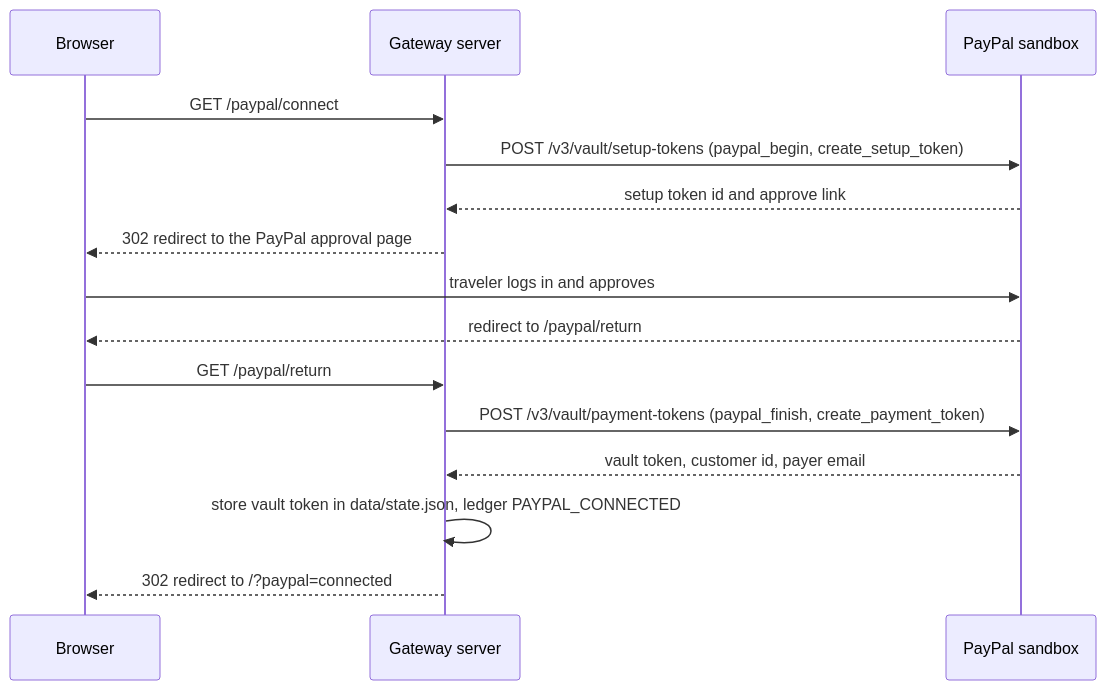
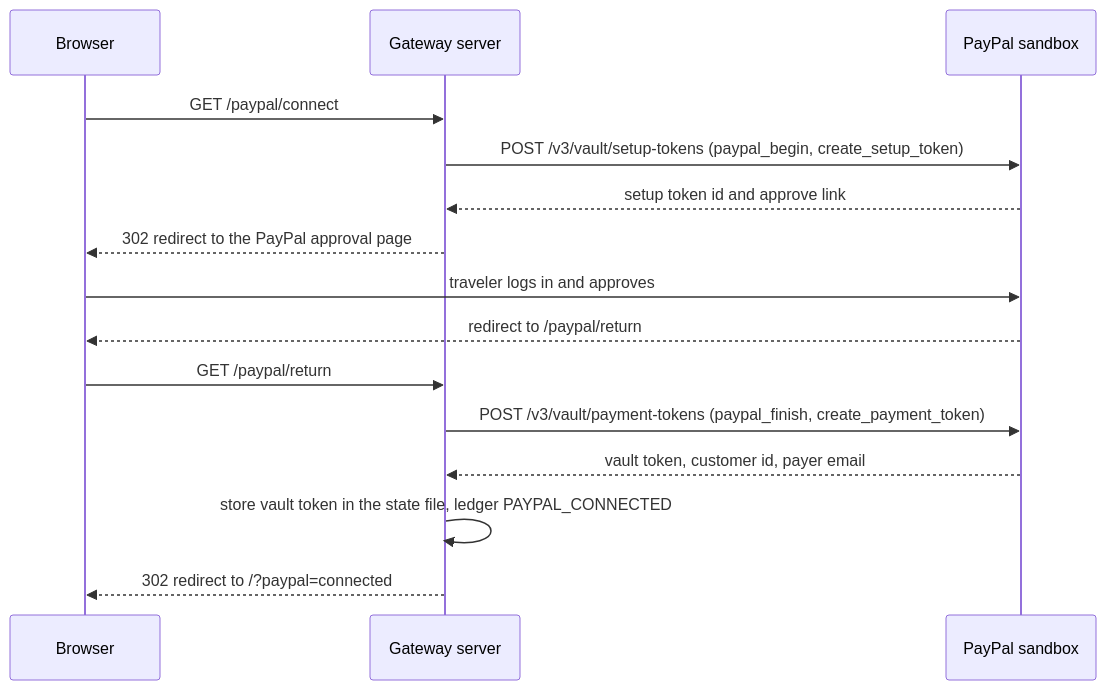
Before and after one commit to nexbridge-xyz/agent-gateway-paypal: the first of 4 diagrams in docs/DESIGN.md, drawn with Mermaid. The commit also changed other lines of this file and 5 other files, not shown here.

````diff
--- a/docs/DESIGN.md
+++ b/docs/DESIGN.md
@@ -52,17 +52,17 @@
 ```mermaid
 sequenceDiagram
     participant B as Browser
     participant S as Gateway server
     participant P as PayPal sandbox
     B->>S: GET /paypal/connect
     S->>P: POST /v3/vault/setup-tokens (paypal_begin, create_setup_token)
     P-->>S: setup token id and approve link
     S-->>B: 302 redirect to the PayPal approval page
     B->>P: traveler logs in and approves
     P-->>B: redirect to /paypal/return
     B->>S: GET /paypal/return
     S->>P: POST /v3/vault/payment-tokens (paypal_finish, create_payment_token)
     P-->>S: vault token, customer id, payer email
-    S->>S: store vault token in data/state.json, ledger PAYPAL_CONNECTED
+    S->>S: store vault token in the state file, ledger PAYPAL_CONNECTED
     S-->>B: 302 redirect to /?paypal=connected
 ```
````
